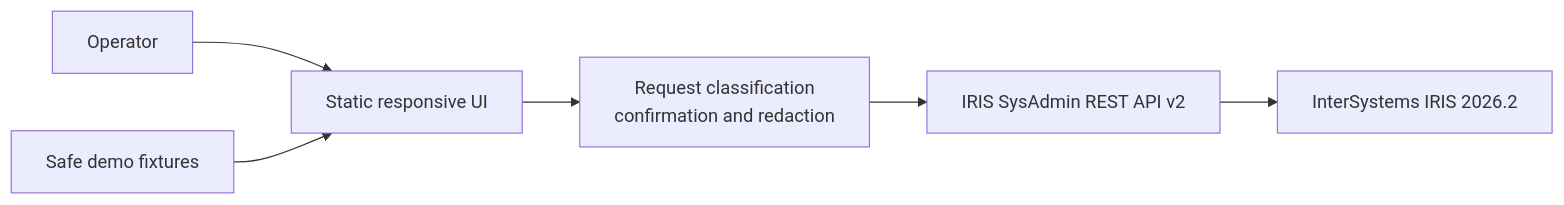
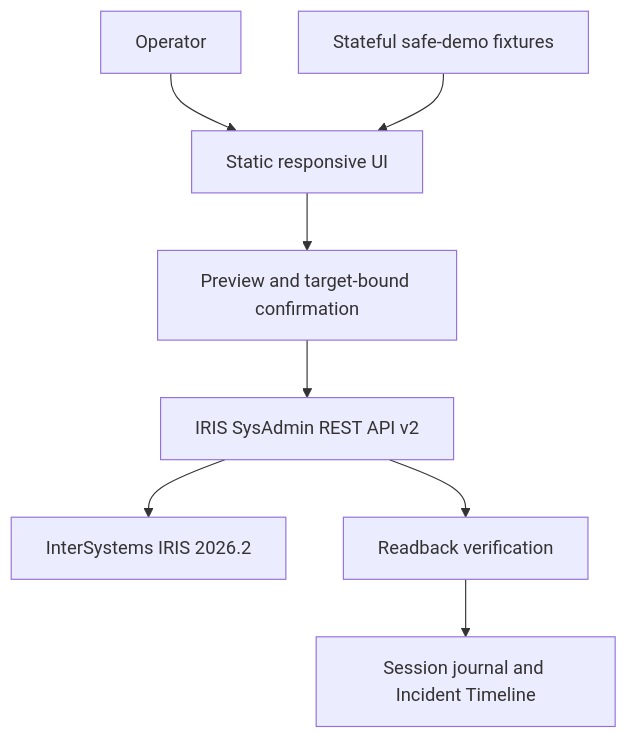
Before and after one commit to seypherWork/iris-ops-studio: the diagram in README.md, drawn with Mermaid. The commit also changed other lines of this file and 36 other files, not shown here.

````diff
--- a/README.md
+++ b/README.md
@@ -214,8 +304,10 @@
 ```mermaid
-flowchart LR
+flowchart TD
     Operator[Operator] --> UI[Static responsive UI]
-    UI --> Guard[Request classification<br/>confirmation and redaction]
+    UI --> Guard[Preview and target-bound confirmation]
     Guard --> API[IRIS SysAdmin REST API v2]
     API --> IRIS[InterSystems IRIS 2026.2]
-    Demo[Safe demo fixtures] --> UI
+    API --> Verify[Readback verification]
+    Verify --> Timeline[Session journal and Incident Timeline]
+    Demo[Stateful safe-demo fixtures] --> UI
 ```
````
